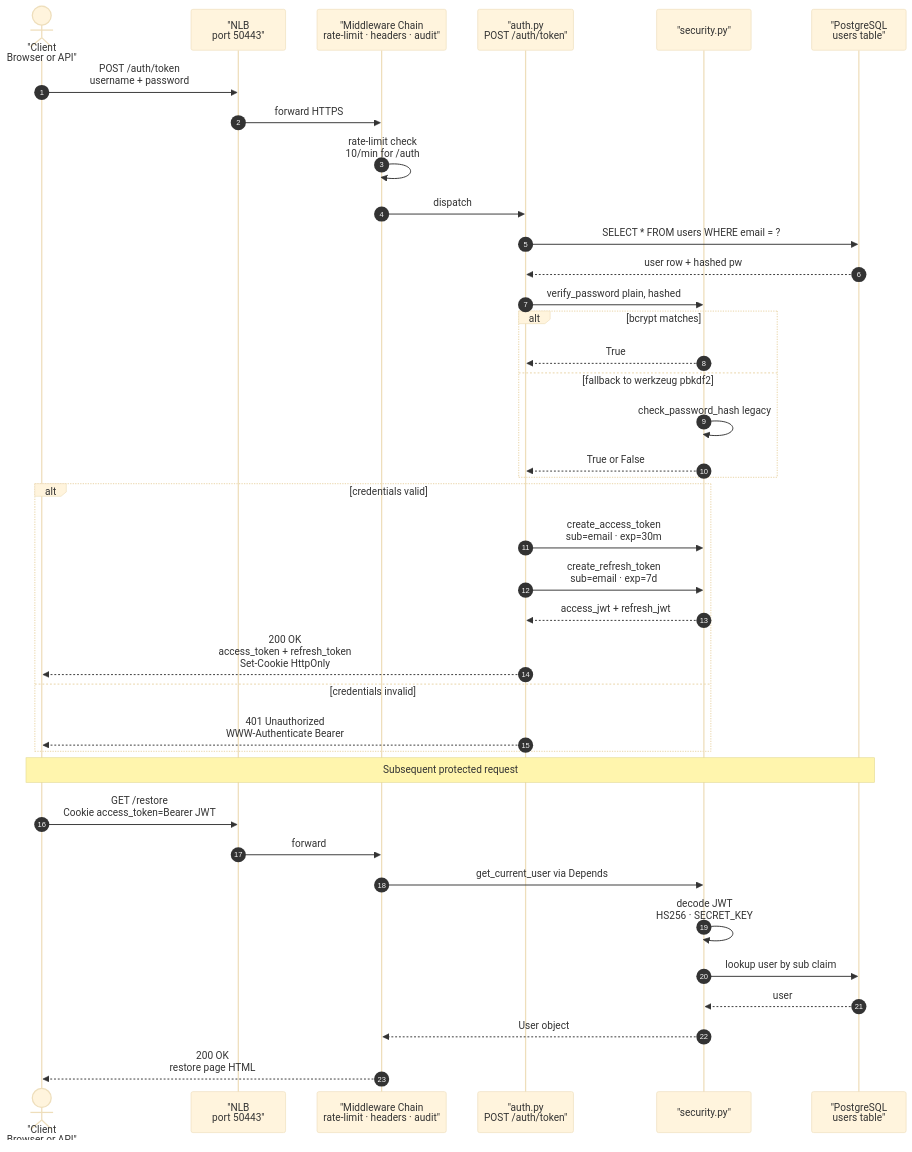
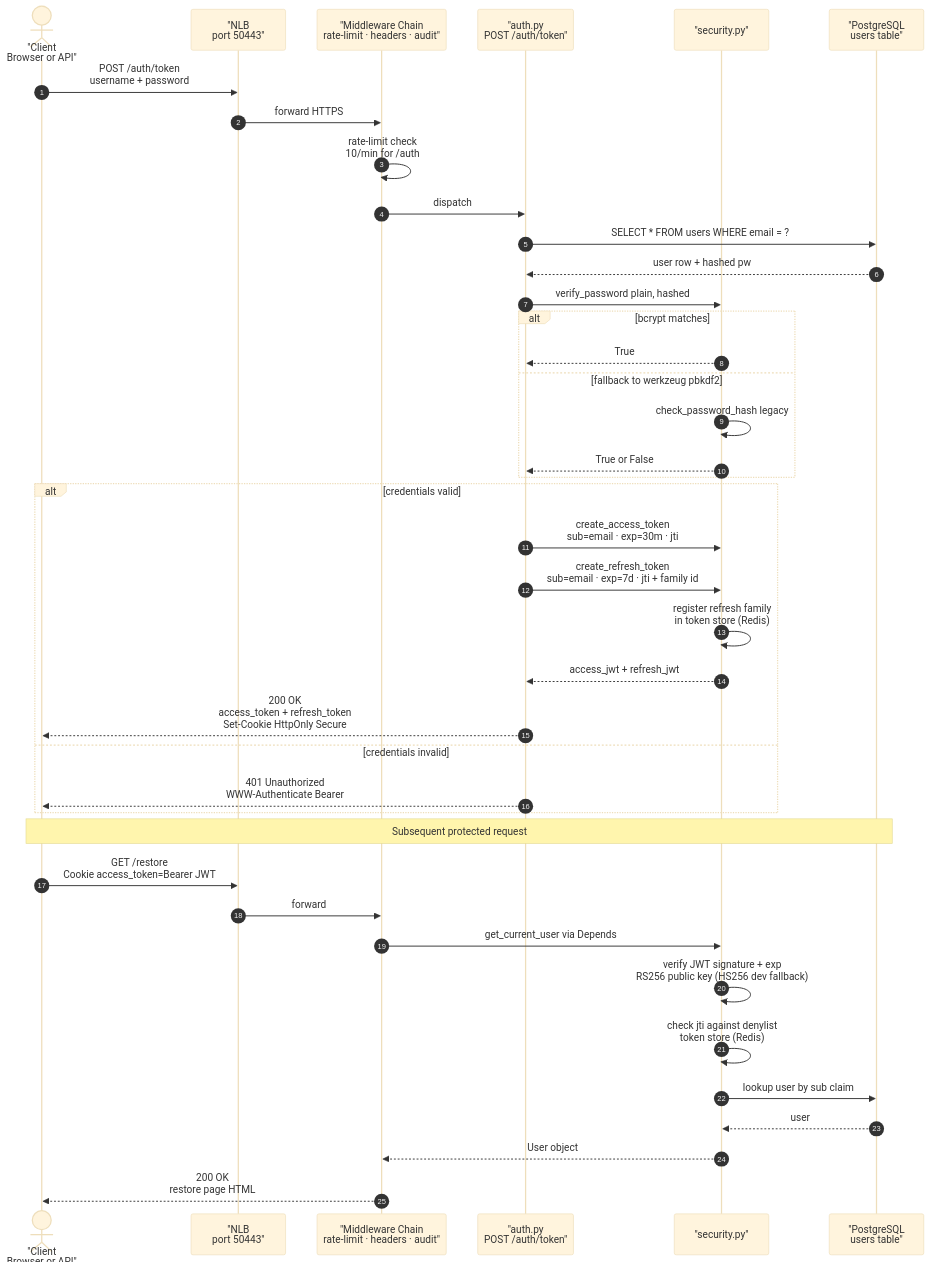
One commit to skondla/fastWebApp_AI changed the fourth of 18 diagrams in README.md. Above: the diagram before and after it, drawn with Mermaid (base theme). The commit also changed other lines of this file, not shown here.

````diff
--- a/README.md
+++ b/README.md
@@ -582,45 +582,47 @@
 ```mermaid
 sequenceDiagram
     autonumber
     actor User as "Client<br/>Browser or API"
     participant LB as "NLB<br/>port 50443"
     participant MW as "Middleware Chain<br/>rate-limit · headers · audit"
     participant Auth as "auth.py<br/>POST /auth/token"
     participant Sec as "security.py"
     participant DB as "PostgreSQL<br/>users table"
 
     User->>LB: POST /auth/token<br/>username + password
     LB->>MW: forward HTTPS
     MW->>MW: rate-limit check<br/>10/min for /auth
     MW->>Auth: dispatch
     Auth->>DB: SELECT * FROM users WHERE email = ?
     DB-->>Auth: user row + hashed pw
     Auth->>Sec: verify_password plain, hashed
 
     alt bcrypt matches
         Sec-->>Auth: True
     else fallback to werkzeug pbkdf2
         Sec->>Sec: check_password_hash legacy
         Sec-->>Auth: True or False
     end
 
     alt credentials valid
-        Auth->>Sec: create_access_token<br/>sub=email · exp=30m
-        Auth->>Sec: create_refresh_token<br/>sub=email · exp=7d
+        Auth->>Sec: create_access_token<br/>sub=email · exp=30m · jti
+        Auth->>Sec: create_refresh_token<br/>sub=email · exp=7d · jti + family id
+        Sec->>Sec: register refresh family<br/>in token store (Redis)
         Sec-->>Auth: access_jwt + refresh_jwt
-        Auth-->>User: 200 OK<br/>access_token + refresh_token<br/>Set-Cookie HttpOnly
+        Auth-->>User: 200 OK<br/>access_token + refresh_token<br/>Set-Cookie HttpOnly Secure
     else credentials invalid
         Auth-->>User: 401 Unauthorized<br/>WWW-Authenticate Bearer
     end
 
     Note over User,DB: Subsequent protected request
 
     User->>LB: GET /restore<br/>Cookie access_token=Bearer JWT
     LB->>MW: forward
     MW->>Sec: get_current_user via Depends
-    Sec->>Sec: decode JWT<br/>HS256 · SECRET_KEY
+    Sec->>Sec: verify JWT signature + exp<br/>RS256 public key (HS256 dev fallback)
+    Sec->>Sec: check jti against denylist<br/>token store (Redis)
     Sec->>DB: lookup user by sub claim
     DB-->>Sec: user
     Sec-->>MW: User object
     MW-->>User: 200 OK<br/>restore page HTML
 ```
````
